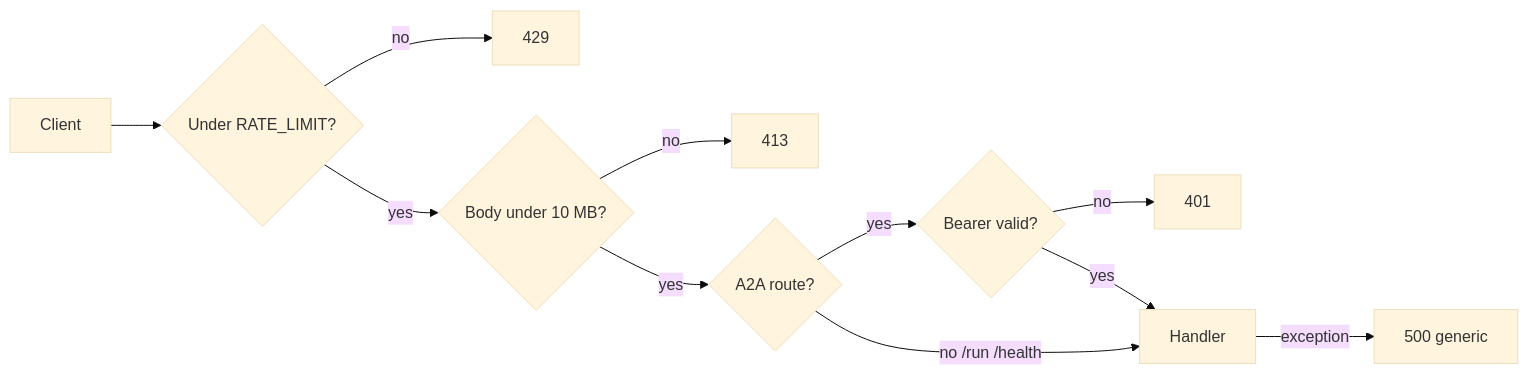
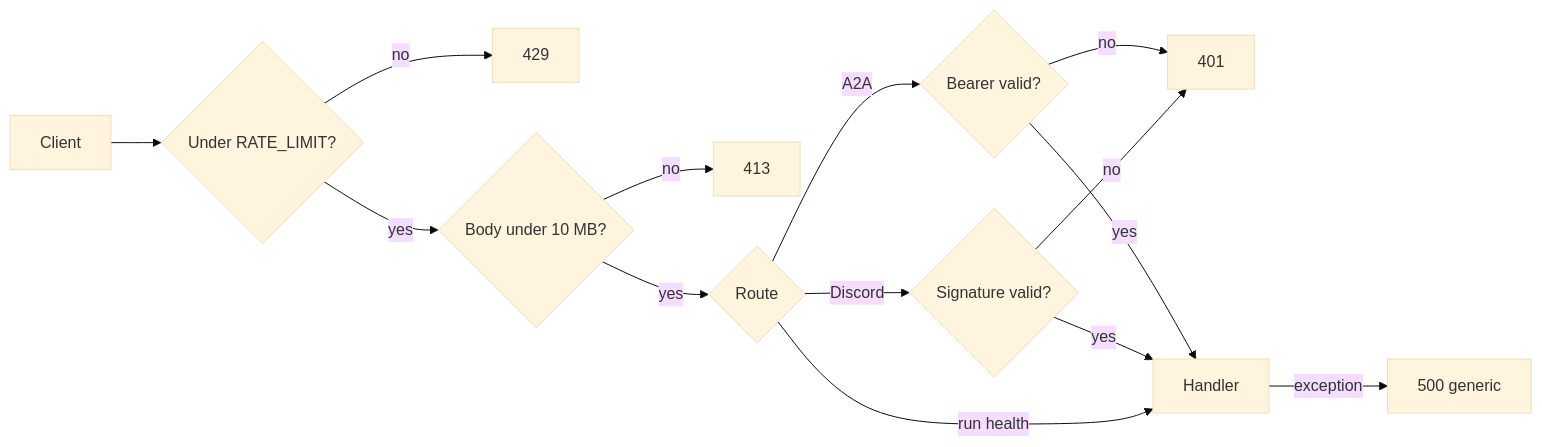
One commit to khaosans/operator-etl changed the second of 3 diagrams in docs/SECURITY-HARDENING.md. Above: the diagram before and after it, drawn with Mermaid (base theme). The commit also changed other lines of this file and 27 other files, not shown here.

````diff
--- a/docs/SECURITY-HARDENING.md
+++ b/docs/SECURITY-HARDENING.md
@@ -75,13 +76,16 @@
 ```mermaid
 flowchart LR
   Client[Client] --> Rate{Under RATE_LIMIT?}
   Rate -->|no| TooMany[429]
   Rate -->|yes| Size{Body under 10 MB?}
   Size -->|no| TooLarge[413]
-  Size -->|yes| A2A{A2A route?}
-  A2A -->|yes| Bearer{Bearer valid?}
+  Size -->|yes| Route{Route}
+  Route -->|A2A| Bearer{Bearer valid?}
   Bearer -->|no| Unauth[401]
   Bearer -->|yes| Handler[Handler]
-  A2A -->|no /run /health| Handler
+  Route -->|Discord| Ed25519{Signature valid?}
+  Ed25519 -->|no| Unauth
+  Ed25519 -->|yes| Handler
+  Route -->|run health| Handler
   Handler -->|exception| Sanitized[500 generic]
 ```
````
